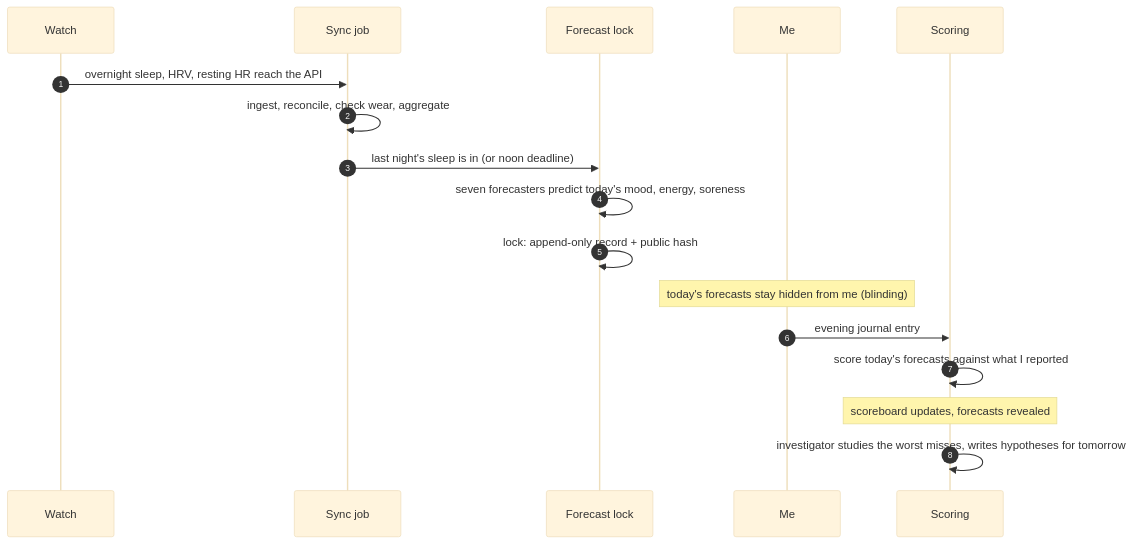
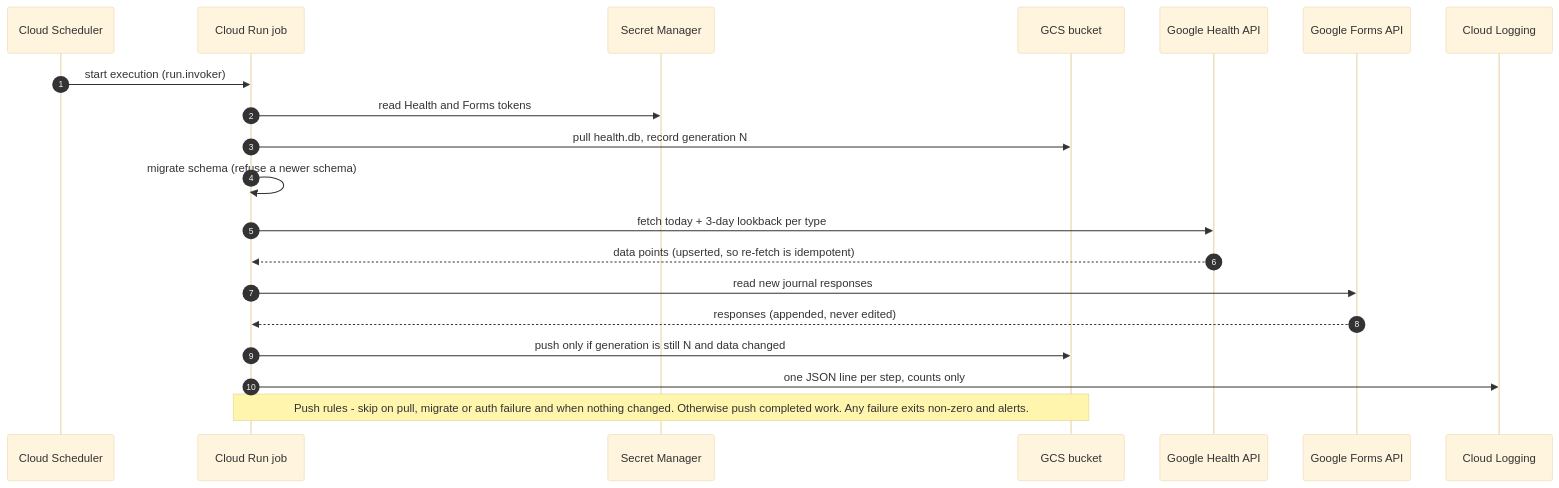
Before and after one commit to kb2326/calibrated-health-agent: the third of 4 diagrams in README.md, drawn with Mermaid (base theme). The commit also changed other lines of this file, not shown here.

Commit message:
docs: portfolio README with system context, cloud architecture and sync diagrams

````diff
--- a/README.md
+++ b/README.md
@@ -71,19 +125,22 @@
 ```mermaid
 sequenceDiagram
   autonumber
-  participant W as Watch
-  participant S as Sync job
-  participant L as Forecast lock
-  participant M as Me
-  participant C as Scoring
-  W->>S: overnight sleep, HRV, resting HR reach the API
-  S->>S: ingest, reconcile, check wear, aggregate
-  S->>L: last night's sleep is in (or noon deadline)
-  L->>L: seven forecasters predict today's mood, energy, soreness
-  L->>L: lock: append-only record + public hash
-  Note over M: today's forecasts stay hidden from me (blinding)
-  M->>C: evening journal entry
-  C->>C: score today's forecasts against what I reported
-  Note over C: scoreboard updates, forecasts revealed
-  C->>C: investigator studies the worst misses, writes hypotheses for tomorrow
+  participant S as Cloud Scheduler
+  participant J as Cloud Run job
+  participant SM as Secret Manager
+  participant G as GCS bucket
+  participant H as Google Health API
+  participant F as Google Forms API
+  participant L as Cloud Logging
+  S->>J: start execution (run.invoker)
+  J->>SM: read Health and Forms tokens
+  J->>G: pull health.db, record generation N
+  J->>J: migrate schema (refuse a newer schema)
+  J->>H: fetch today + 3-day lookback per type
+  H-->>J: data points (upserted, so re-fetch is idempotent)
+  J->>F: read new journal responses
+  F-->>J: responses (appended, never edited)
+  J->>G: push only if generation is still N and data changed
+  J->>L: one JSON line per step, counts only
+  Note over J,G: Push rules - skip on pull, migrate or auth failure and when nothing changed. Otherwise push completed work. Any failure exits non-zero and alerts.
 ```
````
